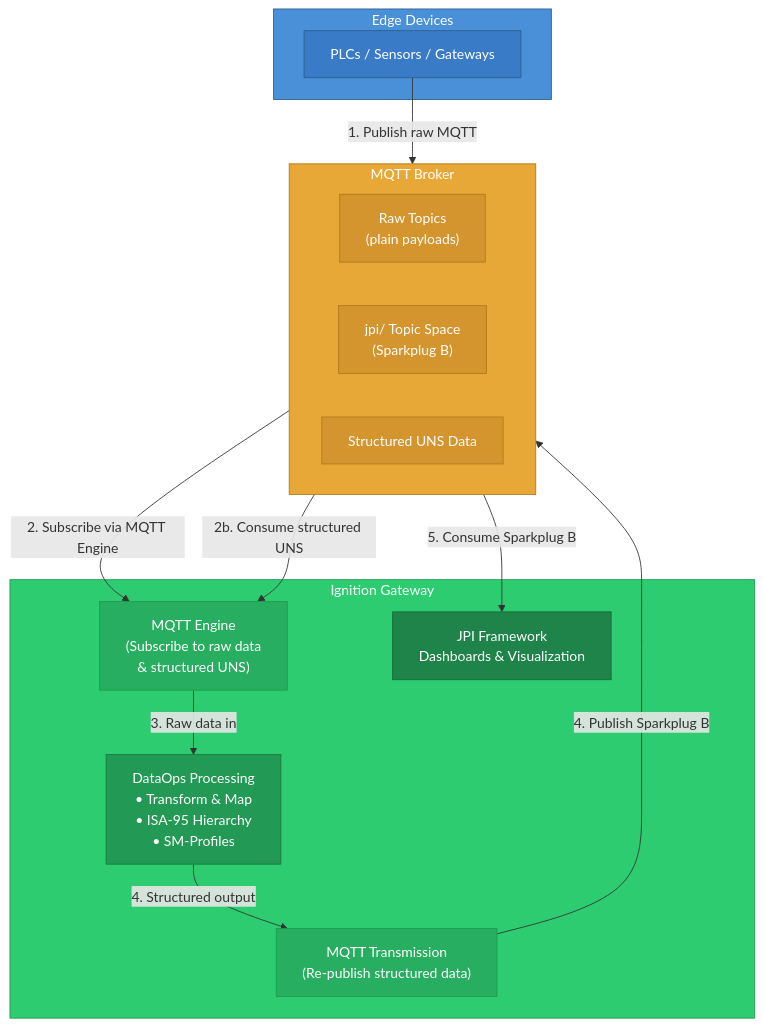
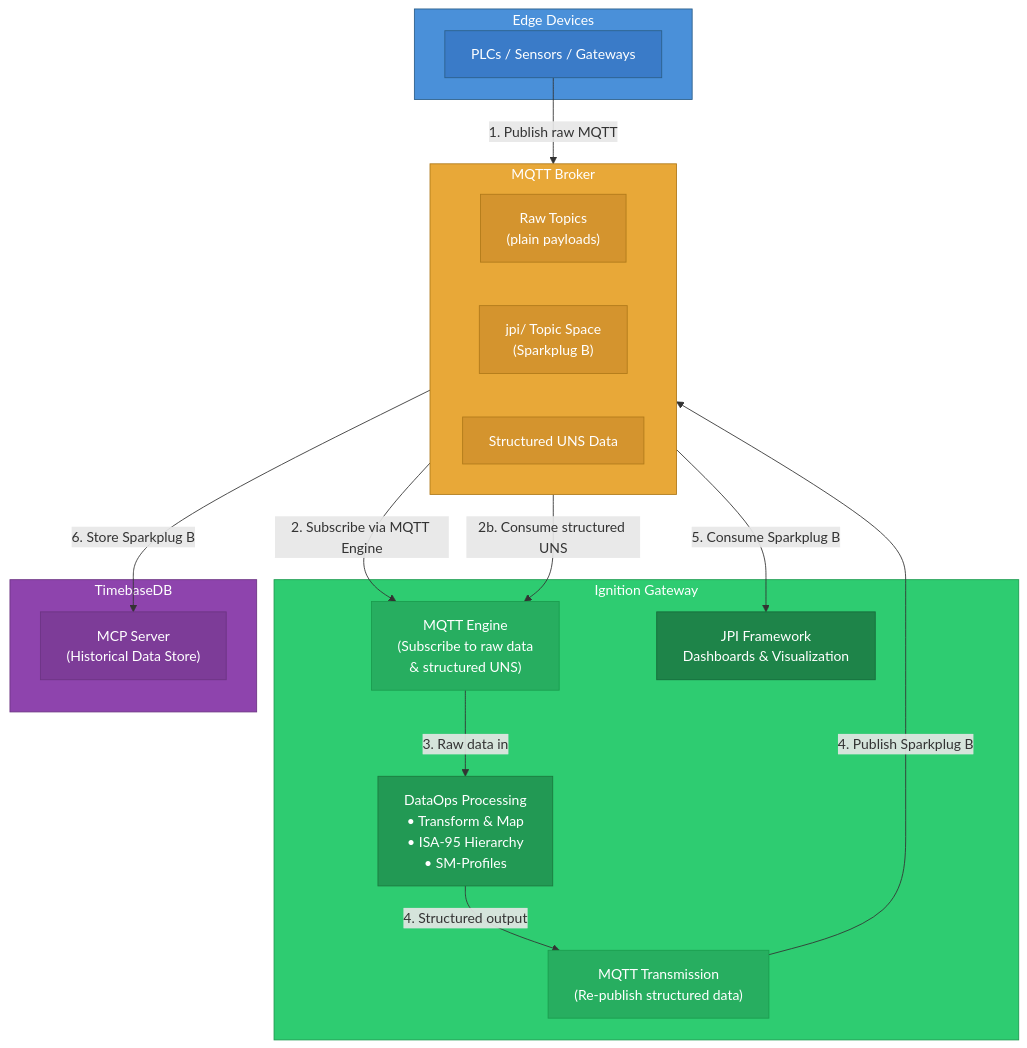
One commit to JPISolutions/Prove-It-2026-Presentation-Resources changed the diagram in mqtt-dataops-flow.mermaid. Above: the diagram before and after it, drawn with Mermaid. The commit also changed 1 other file, not shown here.

```diff
--- a/mqtt-dataops-flow.mermaid
+++ b/mqtt-dataops-flow.mermaid
@@ -1,39 +1,45 @@
 flowchart TB
     subgraph Edge["Edge Devices"]
         E1["PLCs / Sensors / Gateways"]
     end
-
 
     subgraph Broker["MQTT Broker"]
         direction LR
         B1["Raw Topics\n(plain payloads)"]
         B2["jpi/ Topic Space\n(Sparkplug B)"]
         B3["Structured UNS Data"]
     end
 
     subgraph Ignition["Ignition Gateway"]
         ME["MQTT Engine\n(Subscribe to raw data\n& structured UNS)"]
         DO["DataOps Processing\n• Transform & Map\n• ISA-95 Hierarchy\n• SM-Profiles"]
         MT["MQTT Transmission\n(Re-publish structured data)"]
         JPI["JPI Framework\nDashboards & Visualization"]
     end
 
+    subgraph TimebaseDB["TimebaseDB"]
+        TB1["MCP Server\n(Historical Data Store)"]
+    end
+
     E1 -->|"1. Publish raw MQTT"| B1
     B1 -->|"2. Subscribe via MQTT Engine"| ME
     B3 -->|"2b. Consume structured UNS"| ME
     ME -->|"3. Raw data in"| DO
     DO -->|"4. Structured output"| MT
     MT -->|"4. Publish Sparkplug B"| B2
     B2 -->|"5. Consume Sparkplug B"| JPI
+    B2 -->|"6. Store Sparkplug B"| TB1
 
     style Edge fill:#4a90d9,stroke:#2c5f8a,color:#fff
     style Broker fill:#e8a838,stroke:#b07a1a,color:#fff
     style Ignition fill:#2ecc71,stroke:#1a9c4e,color:#fff
+    style TimebaseDB fill:#8e44ad,stroke:#6c3483,color:#fff
     style E1 fill:#3a7bc8,stroke:#2c5f8a,color:#fff
     style B1 fill:#d4942e,stroke:#b07a1a,color:#fff
     style B2 fill:#d4942e,stroke:#b07a1a,color:#fff
     style B3 fill:#d4942e,stroke:#b07a1a,color:#fff
     style ME fill:#27ae60,stroke:#1a9c4e,color:#fff
     style DO fill:#229954,stroke:#1a7a3e,color:#fff
     style MT fill:#27ae60,stroke:#1a9c4e,color:#fff
     style JPI fill:#1e8449,stroke:#156b3a,color:#fff
+    style TB1 fill:#7d3c98,stroke:#6c3483,color:#fff
```
